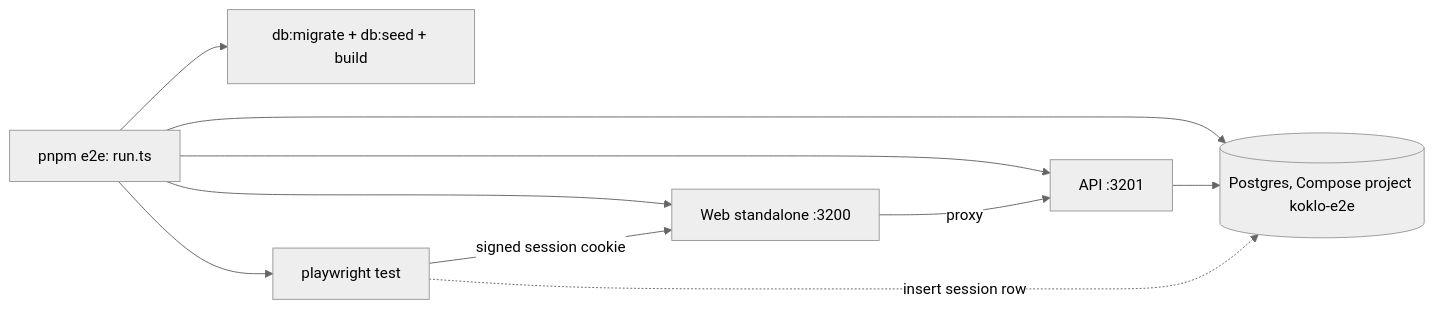
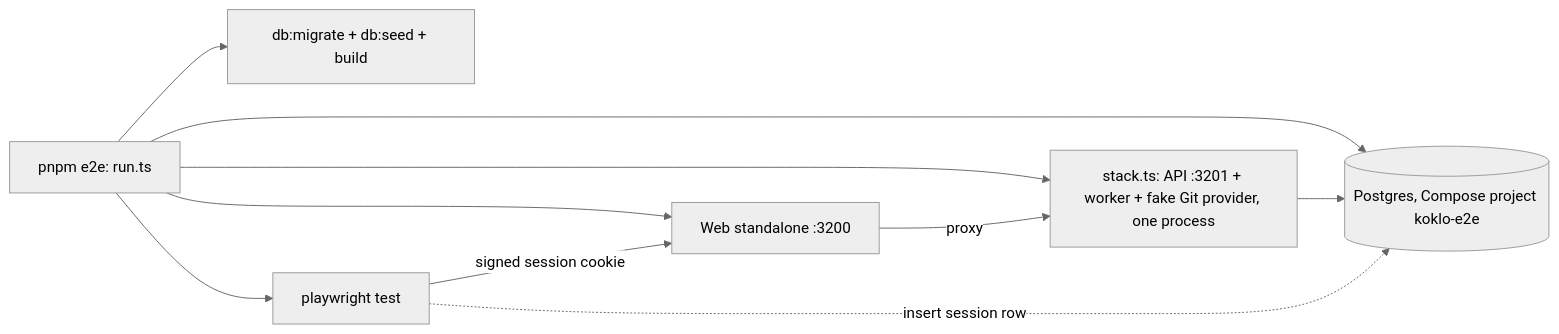
Diagram 37 of 40 in docs/architecture.md (koklo-dev/koklo), drawn with Mermaid (neutral theme) before and after one commit. The commit also changed other lines of this file and 6 other files, not shown here.

Commit message:
test(e2e): run the stack with the worker and a fake provider

````diff
--- a/docs/architecture.md
+++ b/docs/architecture.md
@@ -1209,11 +1209,11 @@
 ```mermaid
 flowchart LR
   run[pnpm e2e: run.ts] --> pg[(Postgres, Compose project koklo-e2e)]
   run --> mig[db:migrate + db:seed + build]
-  run --> api[API :3201]
+  run --> api[stack.ts: API :3201 + worker + fake Git provider, one process]
   run --> web[Web standalone :3200]
   run --> pw[playwright test]
   pw -->|signed session cookie| web
   web -->|proxy| api --> pg
   pw -.->|insert session row| pg
 ```
````
